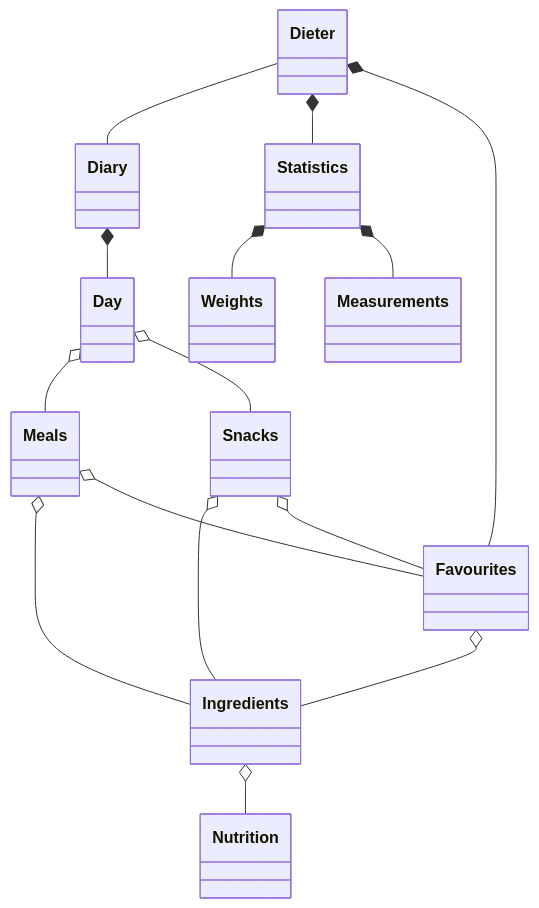
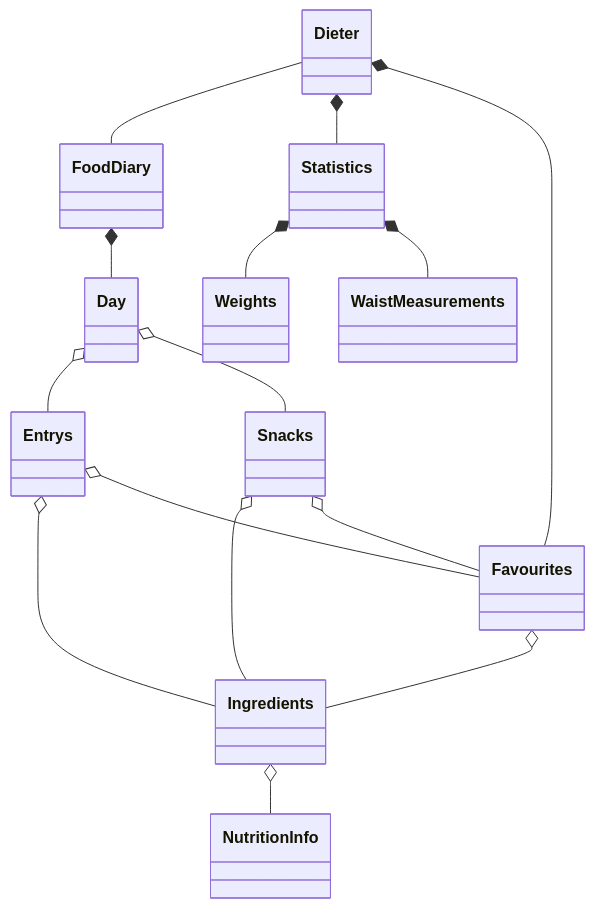
Before and after one commit to idsweb/ids-mermaiddemo: the first of 2 diagrams in README.md, drawn with Mermaid. The commit also changed other lines of this file, not shown here.

````diff
--- a/README.md
+++ b/README.md
@@ -10,24 +10,24 @@
 ```mermaid
 classDiagram-v2
-    Dieter -- Diary
+    Dieter -- FoodDiary
     Dieter *-- Statistics
     Dieter *-- Favourites
 
-    Diary *-- Day
+    FoodDiary *-- Day
 
-    Meals o-- Ingredients
-    Meals o-- Favourites
+    Entrys o-- Ingredients
+    Entrys o-- Favourites
 
     Favourites o-- Ingredients
 
-    Ingredients o-- Nutrition
+    Ingredients o-- NutritionInfo
 
     Snacks o-- Ingredients
     Snacks o-- Favourites
     
     Statistics *-- Weights
-    Statistics *-- Measurements
+    Statistics *-- WaistMeasurements
 
-    Day o-- Meals
+    Day o-- Entrys
     Day o-- Snacks
  ```
````
